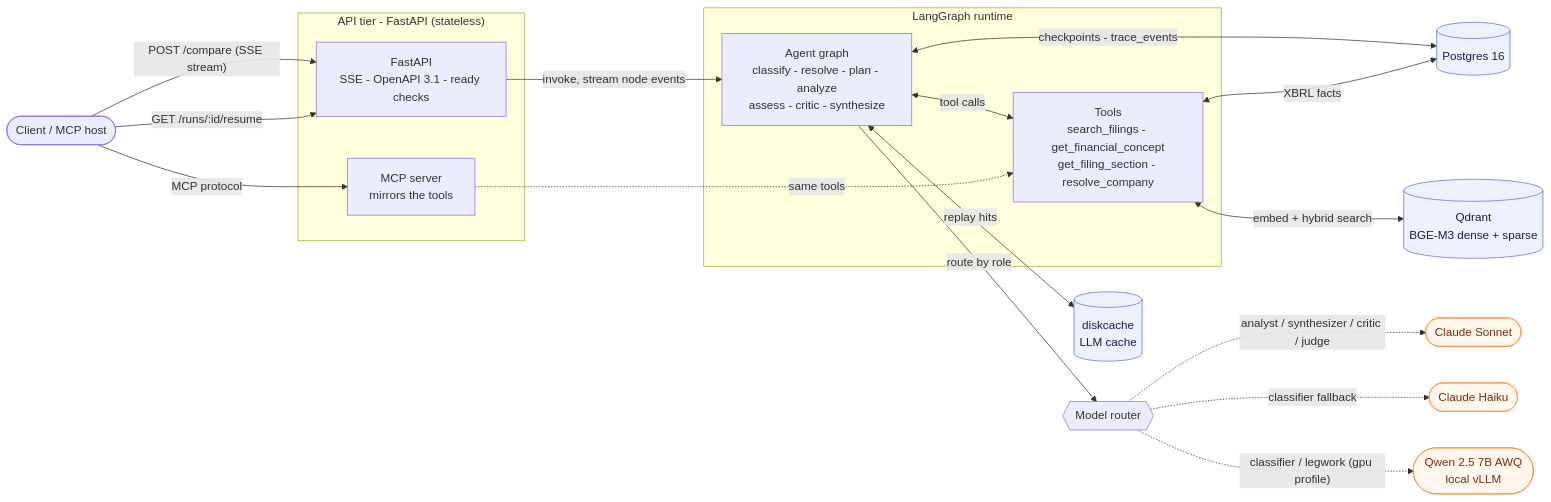
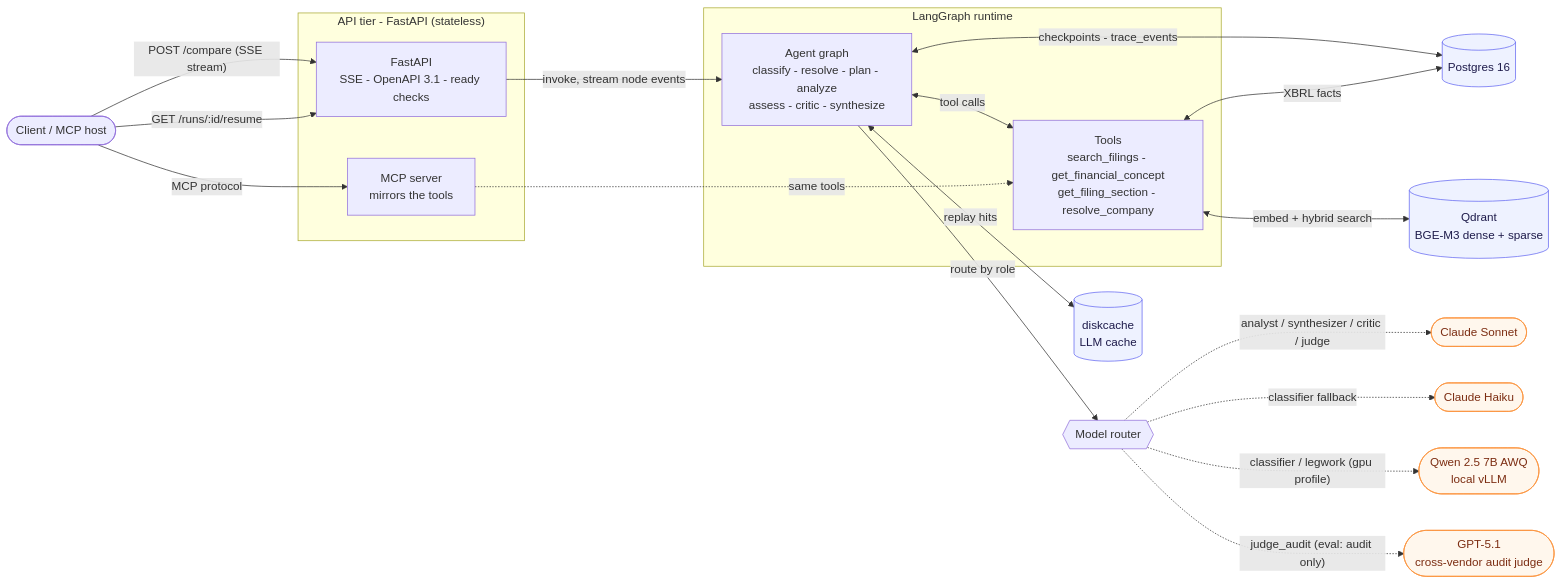
Before and after one commit to danielhansenjones/Quorum: the first of 2 diagrams in README.md, drawn with Mermaid. The commit also changed 1 other file, not shown here.

Commit message:
Remove `openapi.json` and update README for new GPT-5.1 judge audit integration

````diff
--- a/README.md
+++ b/README.md
@@ -60,36 +60,37 @@
 ```mermaid
 flowchart LR
     C(["Client / MCP host"])
     C -->|"POST /compare (SSE stream)"| API
     C -->|"GET /runs/:id/resume"| API
     C -->|"MCP protocol"| MCP
 
     subgraph api_tier["API tier - FastAPI (stateless)"]
         API["FastAPI<br/>SSE - OpenAPI 3.1 - ready checks"]
         MCP["MCP server<br/>mirrors the tools"]
     end
 
     API -->|"invoke, stream node events"| GRAPH
 
     subgraph runtime["LangGraph runtime"]
         GRAPH["Agent graph<br/>classify - resolve - plan - analyze<br/>assess - critic - synthesize"]
         TOOLS["Tools<br/>search_filings - get_financial_concept<br/>get_filing_section - resolve_company"]
         GRAPH <-->|"tool calls"| TOOLS
     end
     MCP -.->|"same tools"| TOOLS
 
     GRAPH -->|"route by role"| ROUTER{{"Model router"}}
     ROUTER -.->|"analyst / synthesizer / critic / judge"| ANTH(["Claude Sonnet"])
     ROUTER -.->|"classifier fallback"| HAIKU(["Claude Haiku"])
     ROUTER -.->|"classifier / legwork (gpu profile)"| VLLM(["Qwen 2.5 7B AWQ<br/>local vLLM"])
+    ROUTER -.->|"judge_audit (eval: audit only)"| GPT(["GPT-5.1<br/>cross-vendor audit judge"])
 
     GRAPH <-->|"checkpoints - trace_events"| PG[("Postgres 16")]
     TOOLS <-->|"XBRL facts"| PG
     TOOLS <-->|"embed + hybrid search"| QD[("Qdrant<br/>BGE-M3 dense + sparse")]
     GRAPH <-->|"replay hits"| CACHE[("diskcache<br/>LLM cache")]
 
     classDef store fill:#eef2ff,stroke:#6366f1,color:#1e1b4b;
     classDef ext fill:#fff7ed,stroke:#fb923c,color:#7c2d12;
     class QD,PG,CACHE store;
-    class ANTH,HAIKU,VLLM ext;
+    class ANTH,HAIKU,VLLM,GPT ext;
 ```
````
